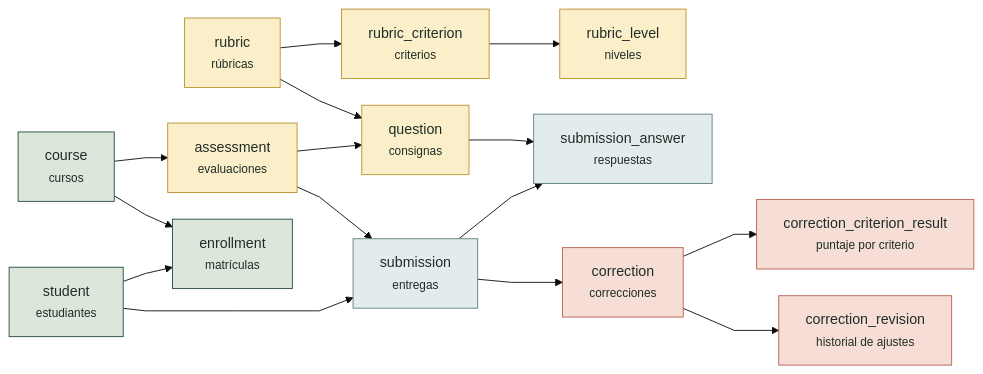
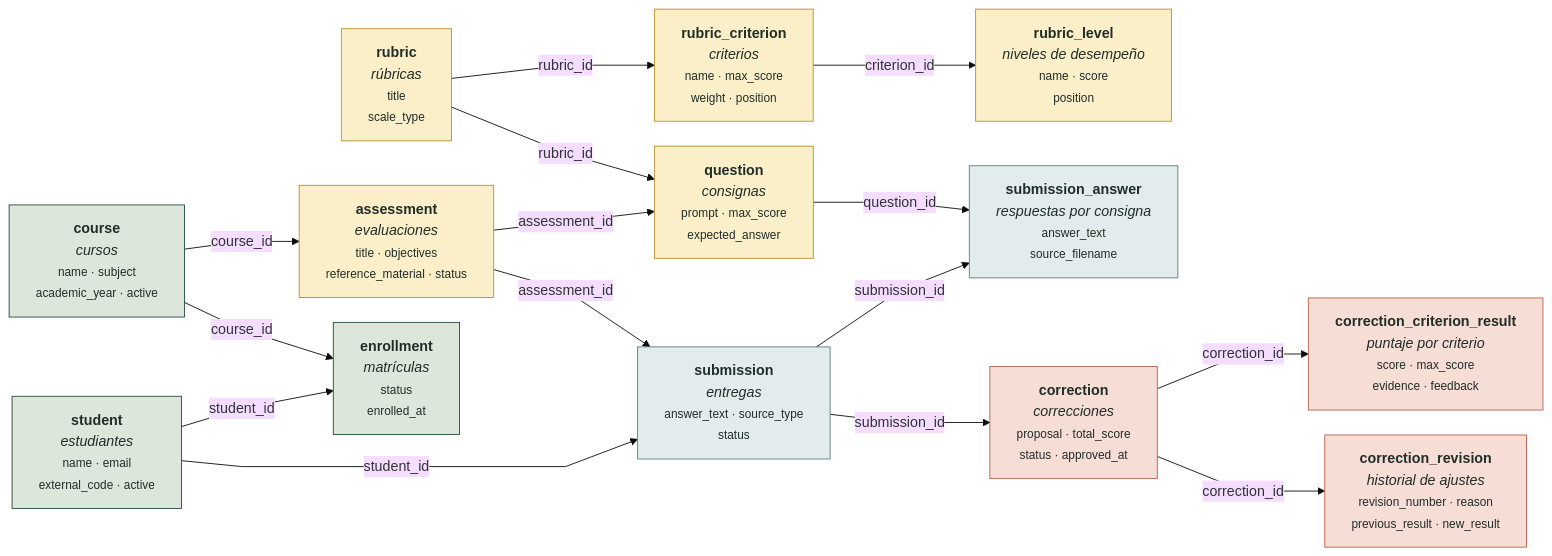
The second of 2 diagrams in README.md (ManuelBernardez/maestria-educational-system), drawn with Mermaid (base theme) before and after one commit. The commit also changed other lines of this file, not shown here.

Commit message:
docs: diagrama de datos con campos y claves foráneas, índice en columnas
- Diagrama de la base: cada tabla muestra sus campos principales y cada flecha,
  la clave foránea que la implementa; sin cruces y con líneas rectas.
- Índice del README en tres columnas («El proyecto», «Cómo está construido»,
  «Cómo usarlo»).
- Fila «Auditoría» de la tabla de seguridad corregida: la política de retención
  sigue pendiente (AUD-008 parcial); se describe lo que realmente garantiza.

````diff
--- a/README.md
+++ b/README.md
@@ -206,41 +226,41 @@
 ```mermaid
-%%{init: {"flowchart": {"curve": "linear", "nodeSpacing": 30, "rankSpacing": 50}}}%%
+%%{init: {"flowchart": {"curve": "linear", "nodeSpacing": 28, "rankSpacing": 55}}}%%
 flowchart LR
-    rubric["rubric<br/><small>rúbricas</small>"]
-    course["course<br/><small>cursos</small>"]
-    student["student<br/><small>estudiantes</small>"]
-    rubric_criterion["rubric_criterion<br/><small>criterios</small>"]
-    assessment["assessment<br/><small>evaluaciones</small>"]
-    enrollment["enrollment<br/><small>matrículas</small>"]
-    rubric_level["rubric_level<br/><small>niveles</small>"]
-    question["question<br/><small>consignas</small>"]
-    submission["submission<br/><small>entregas</small>"]
-    submission_answer["submission_answer<br/><small>respuestas</small>"]
-    correction["correction<br/><small>correcciones</small>"]
-    correction_criterion_result["correction_criterion_result<br/><small>puntaje por criterio</small>"]
-    correction_revision["correction_revision<br/><small>historial de ajustes</small>"]
+    rubric["<b>rubric</b><br/><i>rúbricas</i><br/><small>title<br/>scale_type</small>"]
+    course["<b>course</b><br/><i>cursos</i><br/><small>name · subject<br/>academic_year · active</small>"]
+    student["<b>student</b><br/><i>estudiantes</i><br/><small>name · email<br/>external_code · active</small>"]
+    rubric_criterion["<b>rubric_criterion</b><br/><i>criterios</i><br/><small>name · max_score<br/>weight · position</small>"]
+    assessment["<b>assessment</b><br/><i>evaluaciones</i><br/><small>title · objectives<br/>reference_material · status</small>"]
+    enrollment["<b>enrollment</b><br/><i>matrículas</i><br/><small>status<br/>enrolled_at</small>"]
+    rubric_level["<b>rubric_level</b><br/><i>niveles de desempeño</i><br/><small>name · score<br/>position</small>"]
+    question["<b>question</b><br/><i>consignas</i><br/><small>prompt · max_score<br/>expected_answer</small>"]
+    submission["<b>submission</b><br/><i>entregas</i><br/><small>answer_text · source_type<br/>status</small>"]
+    submission_answer["<b>submission_answer</b><br/><i>respuestas por consigna</i><br/><small>answer_text<br/>source_filename</small>"]
+    correction["<b>correction</b><br/><i>correcciones</i><br/><small>proposal · total_score<br/>status · approved_at</small>"]
+    correction_criterion_result["<b>correction_criterion_result</b><br/><i>puntaje por criterio</i><br/><small>score · max_score<br/>evidence · feedback</small>"]
+    correction_revision["<b>correction_revision</b><br/><i>historial de ajustes</i><br/><small>revision_number · reason<br/>previous_result · new_result</small>"]
 
-    rubric --> rubric_criterion
-    rubric --> question
-    course --> assessment
-    course --> enrollment
-    student --> enrollment
-    student ---> submission
-    rubric_criterion --> rubric_level
-    assessment --> question
-    assessment --> submission
-    question --> submission_answer
-    submission --> submission_answer
-    submission --> correction
-    correction --> correction_criterion_result
-    correction --> correction_revision
+    rubric -->|rubric_id| rubric_criterion
+    rubric -->|rubric_id| question
+    course -->|course_id| assessment
+    course -->|course_id| enrollment
+    student -->|student_id| enrollment
+    student --->|student_id| submission
+    rubric_criterion -->|criterion_id| rubric_level
+    assessment -->|assessment_id| question
+    assessment -->|assessment_id| submission
+    question -->|question_id| submission_answer
+    submission -->|submission_id| submission_answer
+    submission -->|submission_id| correction
+    correction -->|correction_id| correction_criterion_result
+    correction -->|correction_id| correction_revision
 
     classDef people fill:#dce6da,stroke:#244b3d,color:#202d28
     classDef eval fill:#fbefc9,stroke:#b8902b,color:#202d28
     classDef work fill:#e3ecec,stroke:#5d7f7d,color:#202d28
     classDef corr fill:#f6ddd5,stroke:#b5604b,color:#202d28
     class student,course,enrollment people
     class assessment,question,rubric,rubric_criterion,rubric_level eval
     class submission,submission_answer work
     class correction,correction_criterion_result,correction_revision corr
 ```
````
